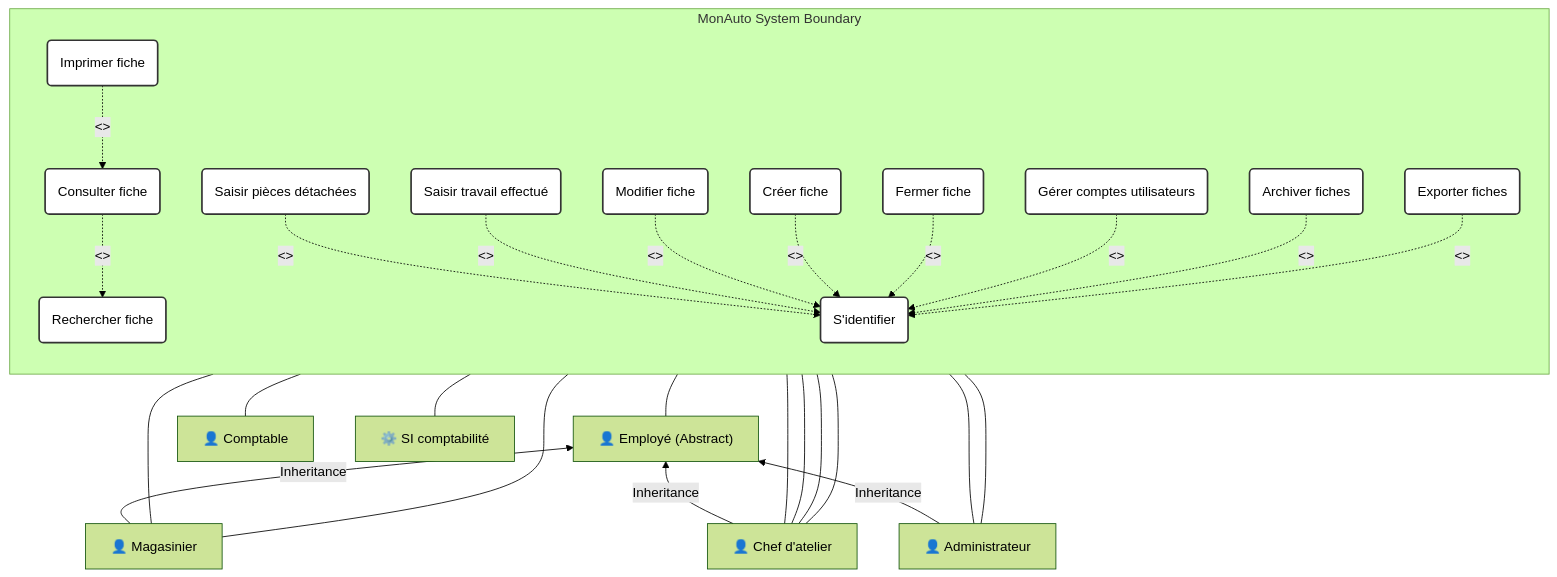
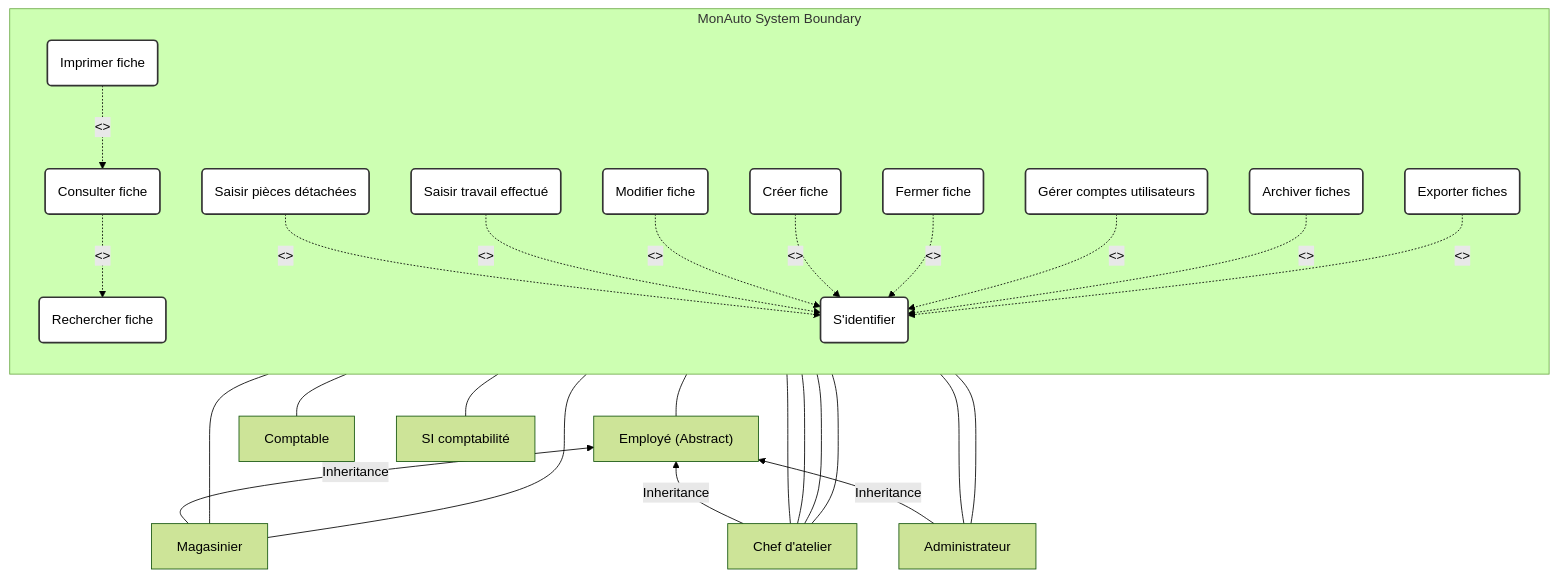
One commit to Vtheonly/Obsidian_Notes changed the eighth of 34 diagrams in Master 1/S2/Advanced Code Patterns/Chapter 1.1: Use Case Diagram/00100 Excercise.md. Above: the diagram before and after it, drawn with Mermaid (forest theme). The commit also changed other lines of this file and 3934 other files, not shown here.

````diff
--- a/Master 1/S2/Advanced Code Patterns/Chapter 1.1: Use Case Diagram/00100 Excercise.md
+++ b/Master 1/S2/Advanced Code Patterns/Chapter 1.1: Use Case Diagram/00100 Excercise.md
@@ -437,62 +437,62 @@
 ```mermaid
 graph BT
     subgraph MonAuto System Boundary
         direction TB
         UC_Print(Imprimer fiche)
         UC_Read(Consulter fiche)
         UC_Search(Rechercher fiche)
         UC_Parts(Saisir pièces détachées)
         UC_Modify(Modifier fiche)
         UC_Labor(Saisir travail effectué)
         UC_Create(Créer fiche)
         UC_Close(Fermer fiche)
         UC_ManageUsers(Gérer comptes utilisateurs)
         UC_Archive(Archiver fiches)
         UC_Export(Exporter fiches)
         UC_Auth(S'identifier)
         
         UC_Print -.->|<<extend>>| UC_Read
         UC_Read -.->|<<extend>>| UC_Search
         
         UC_Parts -.->|<<include>>| UC_Auth
         UC_Labor -.->|<<include>>| UC_Auth
         UC_Modify -.->|<<include>>| UC_Auth
         UC_Create -.->|<<include>>| UC_Auth
         UC_Close -.->|<<include>>| UC_Auth
         UC_ManageUsers -.->|<<include>>| UC_Auth
         UC_Archive -.->|<<include>>| UC_Auth
         UC_Export -.->|<<include>>| UC_Auth
     end
     
-    A_Employe["👤 Employé (Abstract)"] --- UC_Search
-    A_Stock["👤 Magasinier"] -->|Inheritance| A_Employe
-    A_Workshop["👤 Chef d'atelier"] -->|Inheritance| A_Employe
-    A_Admin["👤 Administrateur"] -->|Inheritance| A_Employe
+    A_Employe[" Employé (Abstract)"] --- UC_Search
+    A_Stock[" Magasinier"] -->|Inheritance| A_Employe
+    A_Workshop[" Chef d'atelier"] -->|Inheritance| A_Employe
+    A_Admin[" Administrateur"] -->|Inheritance| A_Employe
     
     A_Stock --- UC_Parts
     A_Stock --- UC_Modify
     
     A_Workshop --- UC_Modify
     A_Workshop --- UC_Create
     A_Workshop --- UC_Close
     A_Workshop --- UC_Labor
     
     A_Admin --- UC_ManageUsers
     A_Admin --- UC_Archive
     
-    A_Accountant["👤 Comptable"] --- UC_Export
-    A_AccSys["⚙️ SI comptabilité"] --- UC_Export
+    A_Accountant[" Comptable"] --- UC_Export
+    A_AccSys[" SI comptabilité"] --- UC_Export
     
     style UC_Print fill:#fff,stroke:#333,stroke-width:2px;
     style UC_Read fill:#fff,stroke:#333,stroke-width:2px;
     style UC_Search fill:#fff,stroke:#333,stroke-width:2px;
     style UC_Parts fill:#fff,stroke:#333,stroke-width:2px;
     style UC_Modify fill:#fff,stroke:#333,stroke-width:2px;
     style UC_Labor fill:#fff,stroke:#333,stroke-width:2px;
     style UC_Create fill:#fff,stroke:#333,stroke-width:2px;
     style UC_Close fill:#fff,stroke:#333,stroke-width:2px;
     style UC_ManageUsers fill:#fff,stroke:#333,stroke-width:2px;
     style UC_Archive fill:#fff,stroke:#333,stroke-width:2px;
     style UC_Export fill:#fff,stroke:#333,stroke-width:2px;
     style UC_Auth fill:#fff,stroke:#333,stroke-width:2px;
 ```
````
